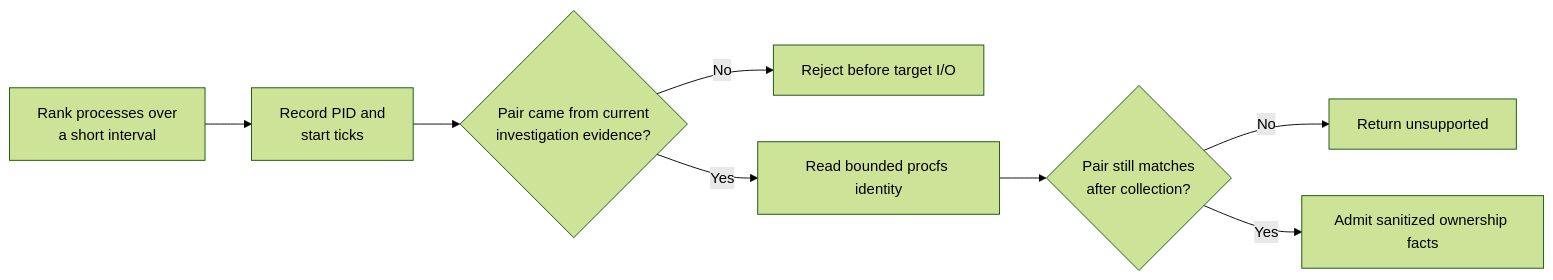
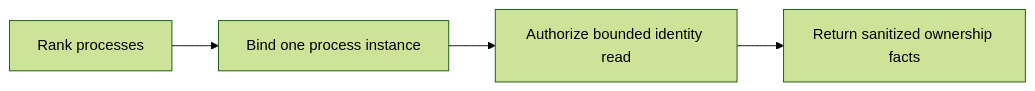
Before and after one commit to Qingyu255/Linux-Oncall-Agent: the fifth of 7 diagrams in docs/interview-presentation.md, drawn with Mermaid (forest theme). The commit also changed other lines of this file, not shown here.

````diff
--- a/docs/interview-presentation.md
+++ b/docs/interview-presentation.md
@@ -183,10 +181,6 @@
 ```mermaid
 flowchart LR
-    R[Rank processes over<br/>a short interval] --> I[Record PID and<br/>start ticks]
-    I --> A{Pair came from current<br/>investigation evidence?}
-    A -->|No| X[Reject before target I/O]
-    A -->|Yes| P[Read bounded procfs identity]
-    P --> C{Pair still matches<br/>after collection?}
-    C -->|No| U[Return unsupported]
-    C -->|Yes| E[Admit sanitized ownership facts]
+    R[Rank processes] --> I[Bind one process instance]
+    I --> A[Authorize bounded identity read]
+    A --> E[Return sanitized ownership facts]
 ```
````
